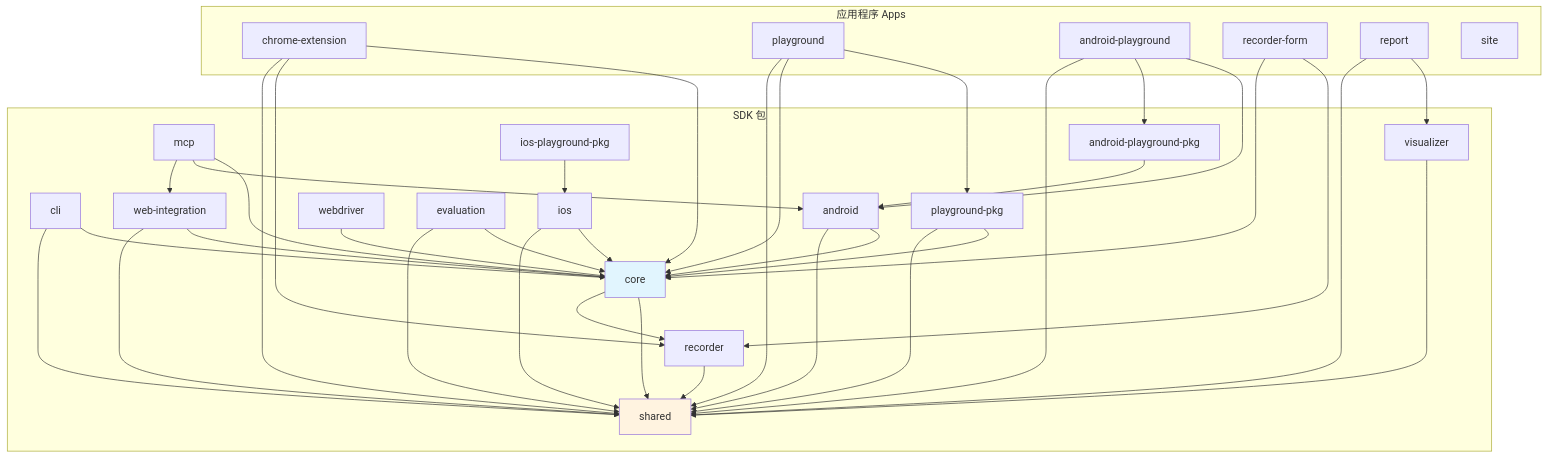
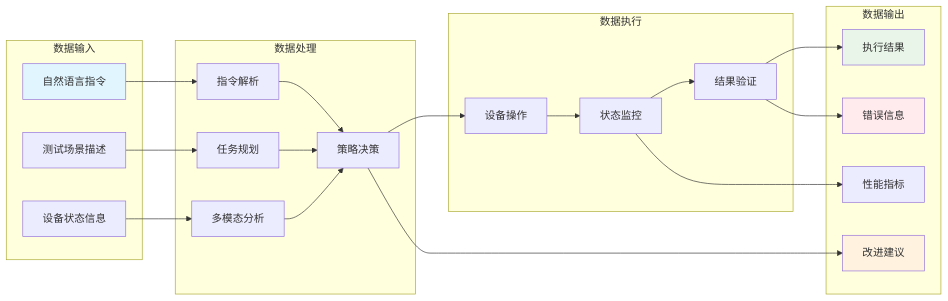
One commit to zhuozp/AI-UI- changed the fourth of 31 diagrams in README.md. Above: the diagram before and after it, drawn with Mermaid. The commit also changed other lines of this file, not shown here.

````diff
--- a/README.md
+++ b/README.md
@@ -90,86 +899,47 @@
 ```mermaid
-graph TD
-    subgraph "应用程序 Apps"
-        APP1[chrome-extension]
-        APP2[playground] 
-        APP3[android-playground]
-        APP4[recorder-form]
-        APP5[report]
-        APP6[site]
+graph LR
+    subgraph "数据输入"
+        A[自然语言指令]
+        B[测试场景描述]
+        C[设备状态信息]
     end
     
-    subgraph "SDK 包"
-        PKG1[cli]
-        PKG2[core] 
-        PKG3[android]
-        PKG4[ios]
-        PKG5[web-integration]
-        PKG6[mcp]
-        PKG7[shared]
-        PKG8[playground-pkg]
-        PKG9[recorder]
-        PKG10[visualizer]
-        PKG11[webdriver]
-        PKG12[evaluation]
-        PKG13[android-playground-pkg]
-        PKG14[ios-playground-pkg]
+    subgraph "数据处理"
+        D[指令解析]
+        E[任务规划]
+        F[多模态分析]
+        G[策略决策]
     end
     
-    %% 应用依赖
-    APP1 --> PKG2
-    APP1 --> PKG9
-    APP1 --> PKG7
+    subgraph "数据执行"
+        H[设备操作]
+        I[状态监控]
+        J[结果验证]
+    end
     
-    APP2 --> PKG8
-    APP2 --> PKG2
-    APP2 --> PKG7
+    subgraph "数据输出"
+        K[执行结果]
+        L[性能指标]
+        M[错误信息]
+        N[改进建议]
+    end
     
-    APP3 --> PKG3
-    APP3 --> PKG13
-    APP3 --> PKG7
+    A --> D
+    B --> E
+    C --> F
+    D --> G
+    E --> G
+    F --> G
+    G --> H
+    H --> I
+    I --> J
+    J --> K
+    I --> L
+    J --> M
+    G --> N
     
-    APP4 --> PKG9
-    APP4 --> PKG2
-    
-    APP5 --> PKG10
-    APP5 --> PKG7
-    
-    %% SDK 包依赖
-    PKG1 --> PKG2
-    PKG1 --> PKG7
-    
-    PKG2 --> PKG7
-    PKG2 --> PKG9
-    
-    PKG3 --> PKG2
-    PKG3 --> PKG7
-    
-    PKG4 --> PKG2  
-    PKG4 --> PKG7
-    
-    PKG5 --> PKG2
-    PKG5 --> PKG7
-    
-    PKG6 --> PKG2
-    PKG6 --> PKG3
-    PKG6 --> PKG5
-    
-    PKG8 --> PKG2
-    PKG8 --> PKG7
-    
-    PKG9 --> PKG7
-    
-    PKG10 --> PKG7
-    
-    PKG11 --> PKG2
-    
-    PKG12 --> PKG2
-    PKG12 --> PKG7
-    
-    PKG13 --> PKG3
-    
-    PKG14 --> PKG4
-    
-    style PKG2 fill:#e1f5fe
-    style PKG7 fill:#fff3e0
+    style A fill:#e1f5fe
+    style K fill:#e8f5e8
+    style M fill:#ffebee
+    style N fill:#fff3e0
 ```
````
